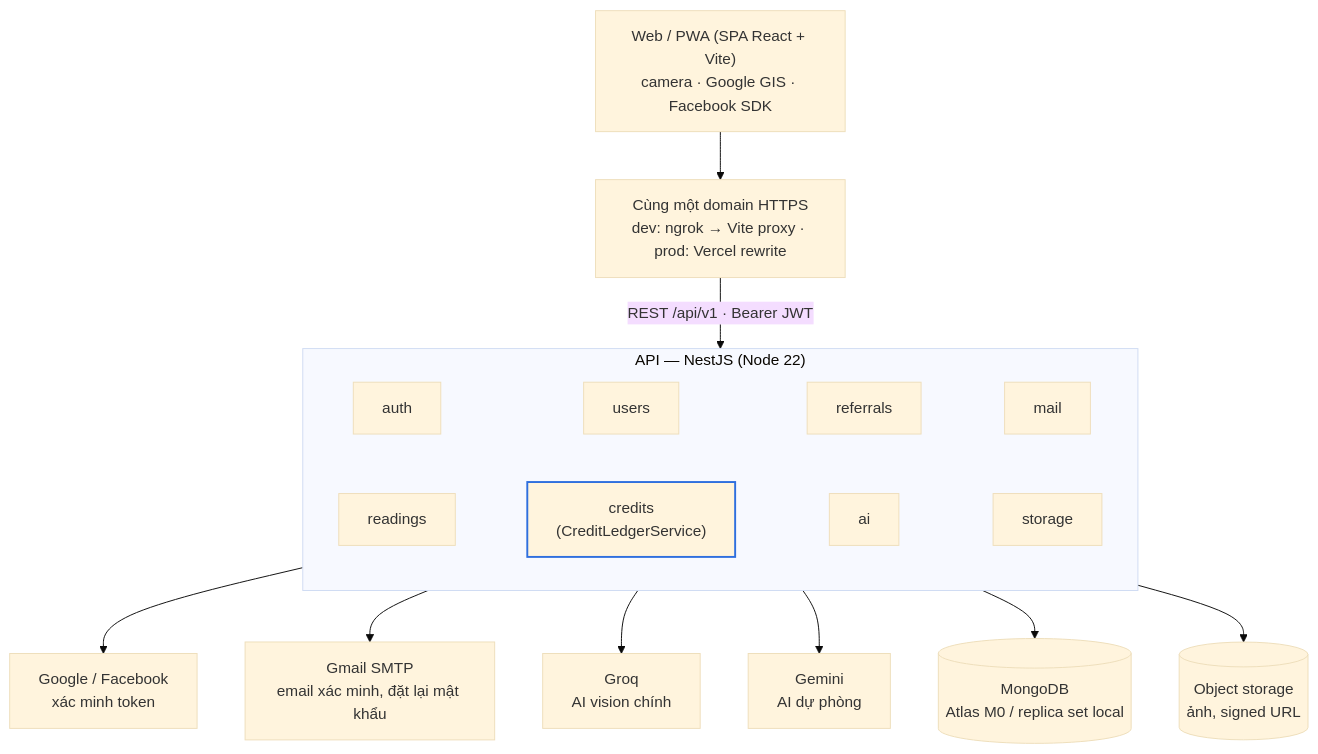
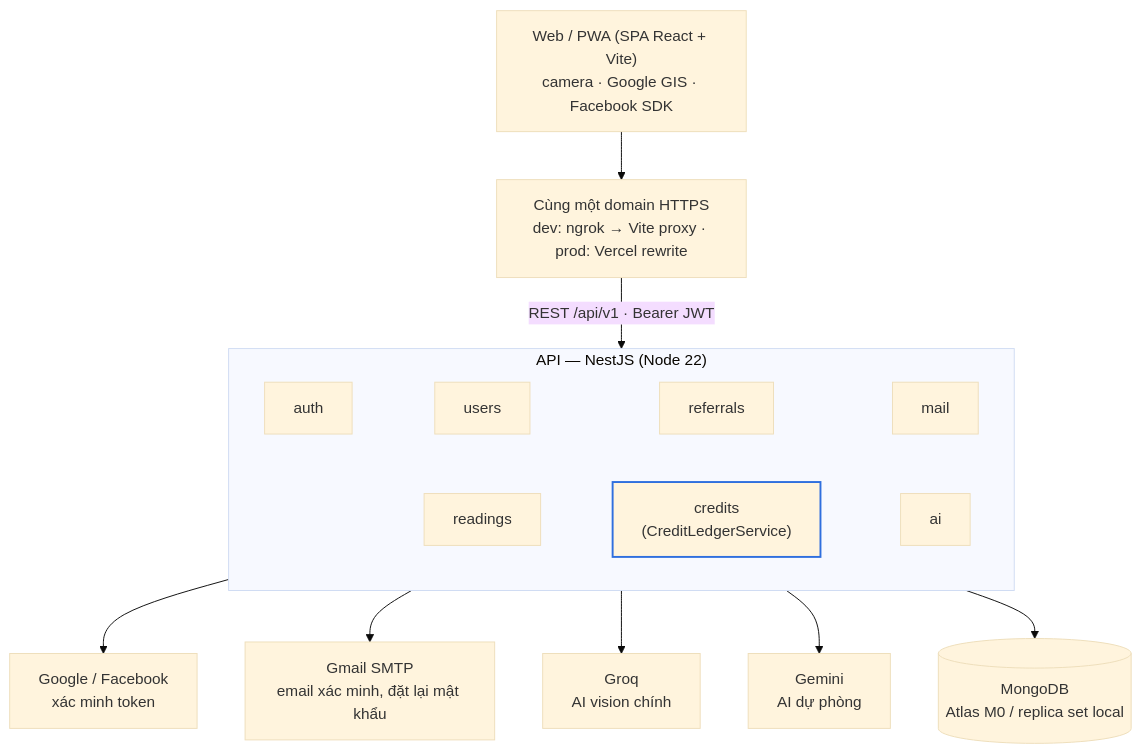
Before and after one commit to DucDMinh/PalmSight: the diagram in docs/README.md, drawn with Mermaid (base theme). The commit also changed other lines of this file and 14 other files, not shown here.

````diff
--- a/docs/README.md
+++ b/docs/README.md
@@ -44,27 +44,25 @@
 ```mermaid
 flowchart TB
     client["Web / PWA (SPA React + Vite)<br/>camera · Google GIS · Facebook SDK"]
     ngrok["Cùng một domain HTTPS<br/>dev: ngrok → Vite proxy · prod: Vercel rewrite"]
     subgraph api["API — NestJS (Node 22)"]
         direction LR
         auth[auth] ~~~ users[users] ~~~ referrals[referrals] ~~~ mail[mail]
-        readings[readings] ~~~ credits["credits<br/>(CreditLedgerService)"] ~~~ ai[ai] ~~~ storage[storage]
+        readings[readings] ~~~ credits["credits<br/>(CreditLedgerService)"] ~~~ ai[ai]
     end
     oauth["Google / Facebook<br/>xác minh token"]
     smtp["Gmail SMTP<br/>email xác minh, đặt lại mật khẩu"]
     groq["Groq<br/>AI vision chính"]
     gemini["Gemini<br/>AI dự phòng"]
     mongo[("MongoDB<br/>Atlas M0 / replica set local")]
-    r2[("Object storage<br/>ảnh, signed URL")]
 
     client --> ngrok -->|"REST /api/v1 · Bearer JWT"| api
     api --> oauth
     api --> smtp
     api --> groq
     api --> gemini
     api --> mongo
-    api --> r2
 
     classDef accent stroke:#2f6fde,stroke-width:2px
     class credits accent
 ```
````
